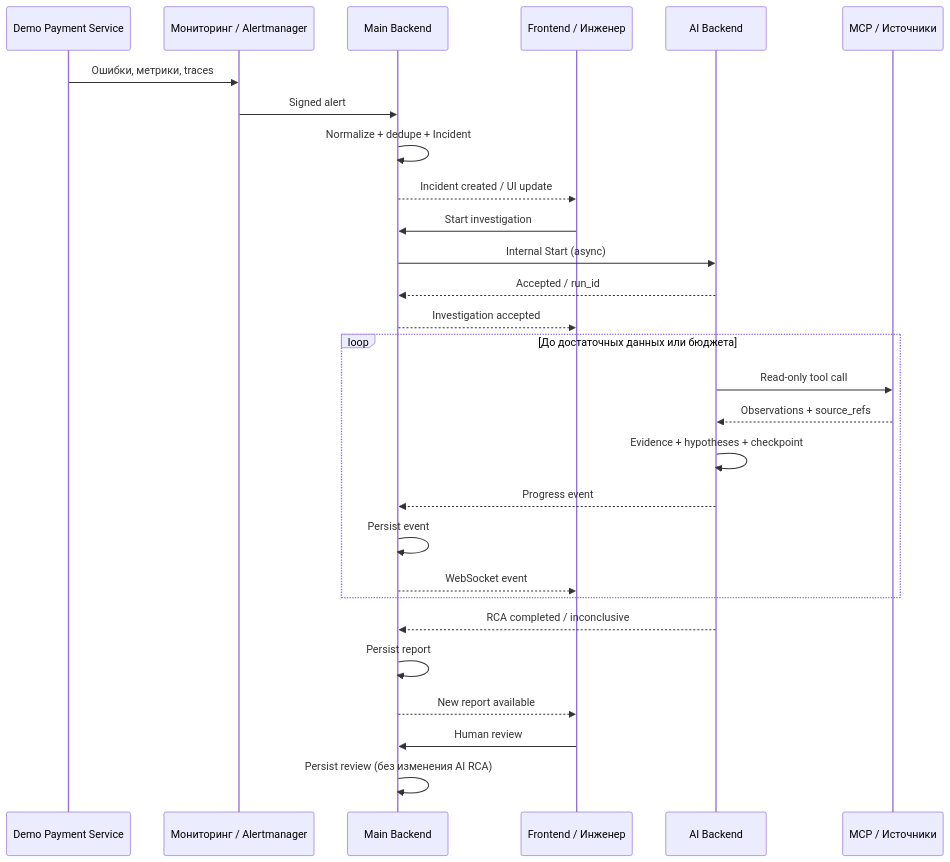
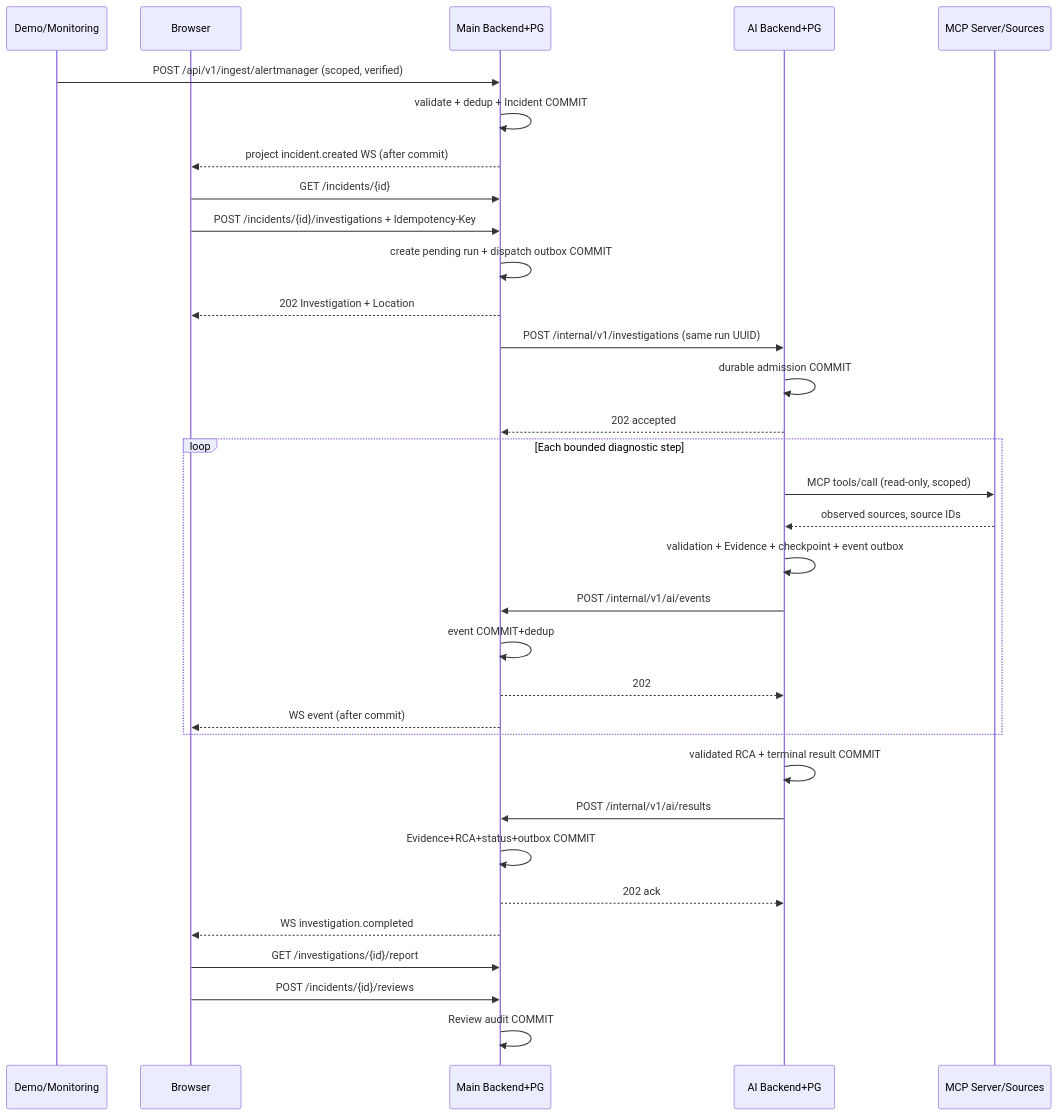
Before and after one commit to AI-Incident-Investigation-Platform/docs: the diagram in 09_END_TO_END.md, drawn with Mermaid. The commit also changed other lines of this file and 52 other files, not shown here.

````diff
--- a/09_END_TO_END.md
+++ b/09_END_TO_END.md
@@ -9,30 +7,35 @@
 ```mermaid
 sequenceDiagram
- participant D as Demo Payment Service
- participant M as Мониторинг / Alertmanager
- participant B as Main Backend
- participant U as Frontend / Инженер
- participant A as AI Backend
- participant T as MCP / Источники
- D->>M: Ошибки, метрики, traces
- M->>B: Signed alert
- B->>B: Normalize + dedupe + Incident
- B-->>U: Incident created / UI update
- U->>B: Start investigation
- B->>A: Internal Start (async)
- A-->>B: Accepted / run_id
- B-->>U: Investigation accepted
- loop До достаточных данных или бюджета
-  A->>T: Read-only tool call
-  T-->>A: Observations + source_refs
-  A->>A: Evidence + hypotheses + checkpoint
-  A-->>B: Progress event
-  B->>B: Persist event
-  B-->>U: WebSocket event
- end
- A-->>B: RCA completed / inconclusive
- B->>B: Persist report
- B-->>U: New report available
- U->>B: Human review
- B->>B: Persist review (без изменения AI RCA)
+  participant D as Demo/Monitoring
+  participant U as Browser
+  participant M as Main Backend+PG
+  participant A as AI Backend+PG
+  participant T as MCP Server/Sources
+  D->>M: POST /api/v1/ingest/alertmanager (scoped, verified)
+  M->>M: validate + dedup + Incident COMMIT
+  M-->>U: project incident.created WS (after commit)
+  U->>M: GET /incidents/{id}
+  U->>M: POST /incidents/{id}/investigations + Idempotency-Key
+  M->>M: create pending run + dispatch outbox COMMIT
+  M-->>U: 202 Investigation + Location
+  M->>A: POST /internal/v1/investigations (same run UUID)
+  A->>A: durable admission COMMIT
+  A-->>M: 202 accepted
+  loop Each bounded diagnostic step
+    A->>T: MCP tools/call (read-only, scoped)
+    T-->>A: observed sources, source IDs
+    A->>A: validation + Evidence + checkpoint + event outbox
+    A->>M: POST /internal/v1/ai/events
+    M->>M: event COMMIT+dedup
+    M-->>A: 202
+    M-->>U: WS event (after commit)
+  end
+  A->>A: validated RCA + terminal result COMMIT
+  A->>M: POST /internal/v1/ai/results
+  M->>M: Evidence+RCA+status+outbox COMMIT
+  M-->>A: 202 ack
+  M-->>U: WS investigation.completed
+  U->>M: GET /investigations/{id}/report
+  U->>M: POST /incidents/{id}/reviews
+  M->>M: Review audit COMMIT
 ```
````
